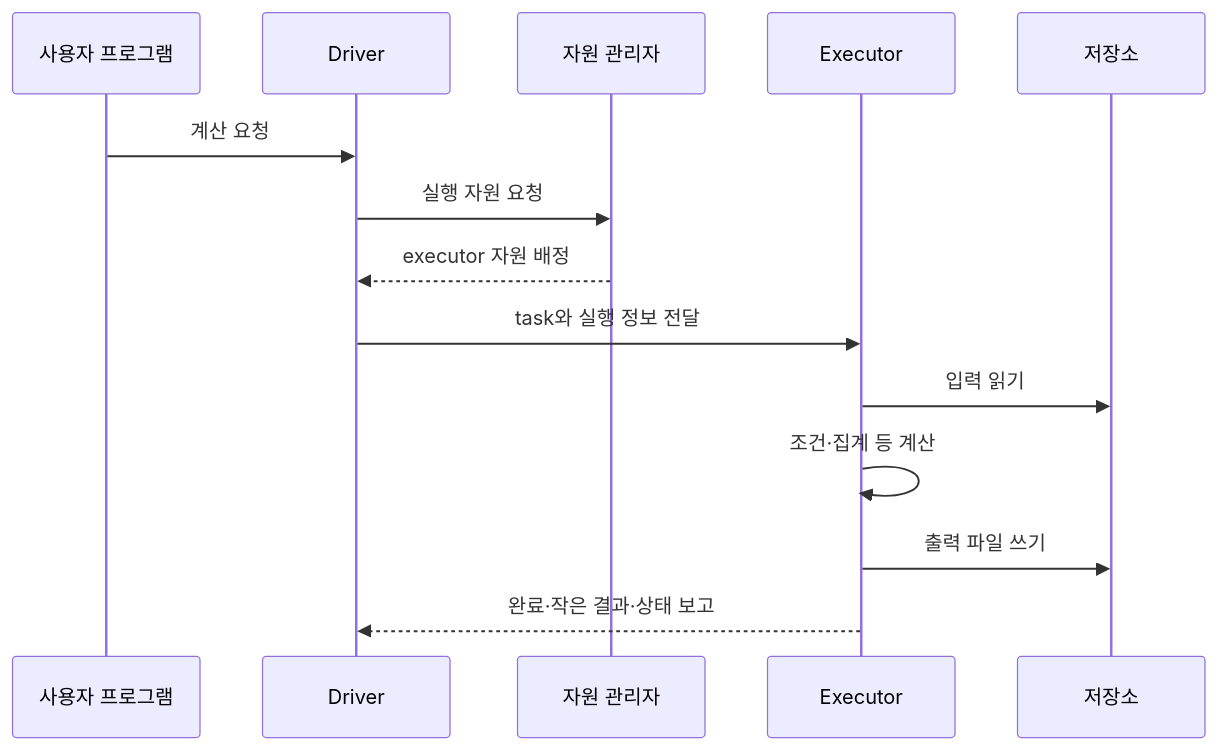
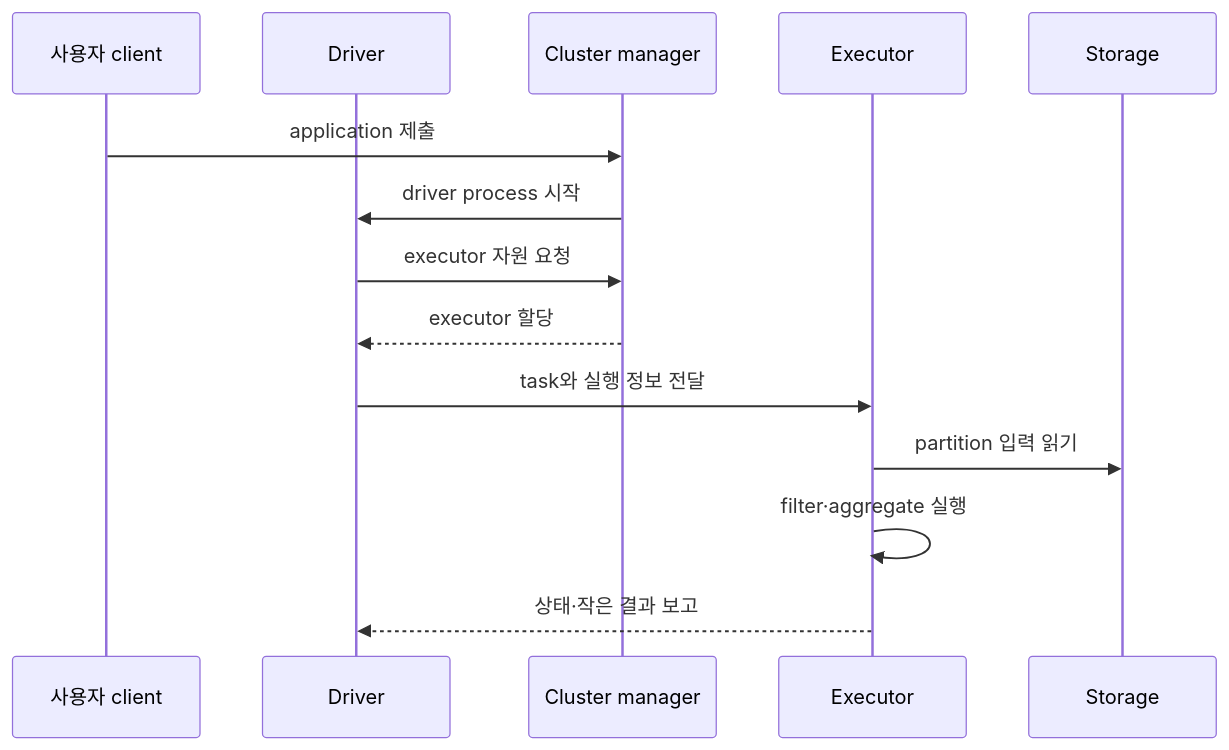
One commit to mj006648/netai-devsecops-runbook changed the first of 2 diagrams in learning/apache-spark/01-driver-executor.md. Above: the diagram before and after it, drawn with Mermaid. The commit also changed other lines of this file and 62 other files, not shown here.

````diff
--- a/learning/apache-spark/01-driver-executor.md
+++ b/learning/apache-spark/01-driver-executor.md
@@ -49,16 +48,16 @@
 ```mermaid
 sequenceDiagram
-    participant U as 사용자 프로그램
+    participant U as 사용자 client
     participant D as Driver
-    participant C as 자원 관리자
+    participant C as Cluster manager
     participant E as Executor
-    participant S as 저장소
-    U->>D: 계산 요청
-    D->>C: 실행 자원 요청
-    C-->>D: executor 자원 배정
+    participant S as Storage
+    U->>C: application 제출
+    C->>D: driver process 시작
+    D->>C: executor 자원 요청
+    C-->>D: executor 할당
     D->>E: task와 실행 정보 전달
-    E->>S: 입력 읽기
-    E->>E: 조건·집계 등 계산
-    E->>S: 출력 파일 쓰기
-    E-->>D: 완료·작은 결과·상태 보고
+    E->>S: partition 입력 읽기
+    E->>E: filter·aggregate 실행
+    E-->>D: 상태·작은 결과 보고
 ```
````
